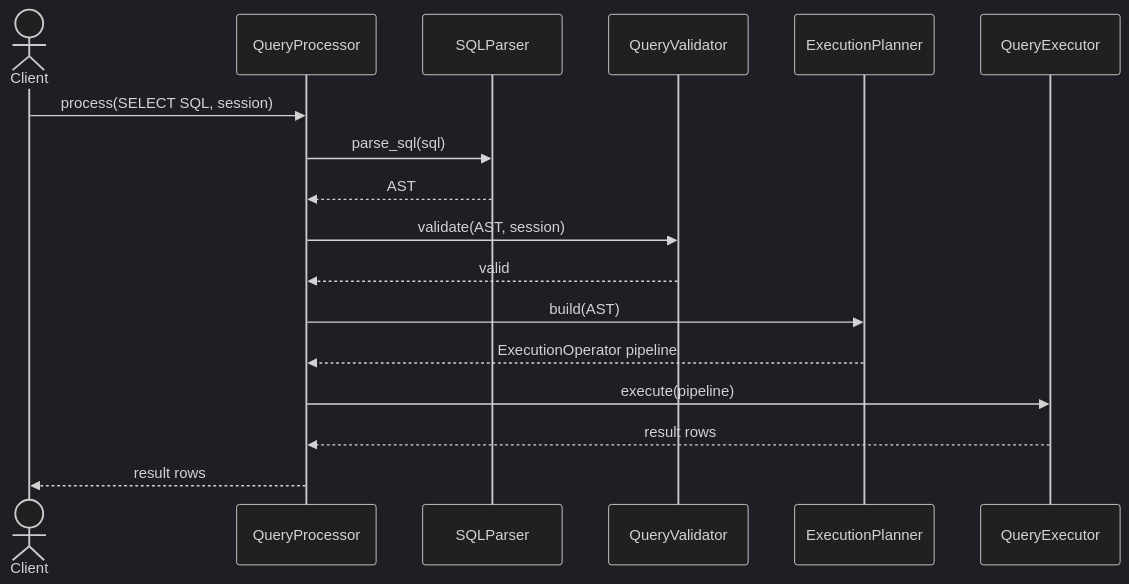
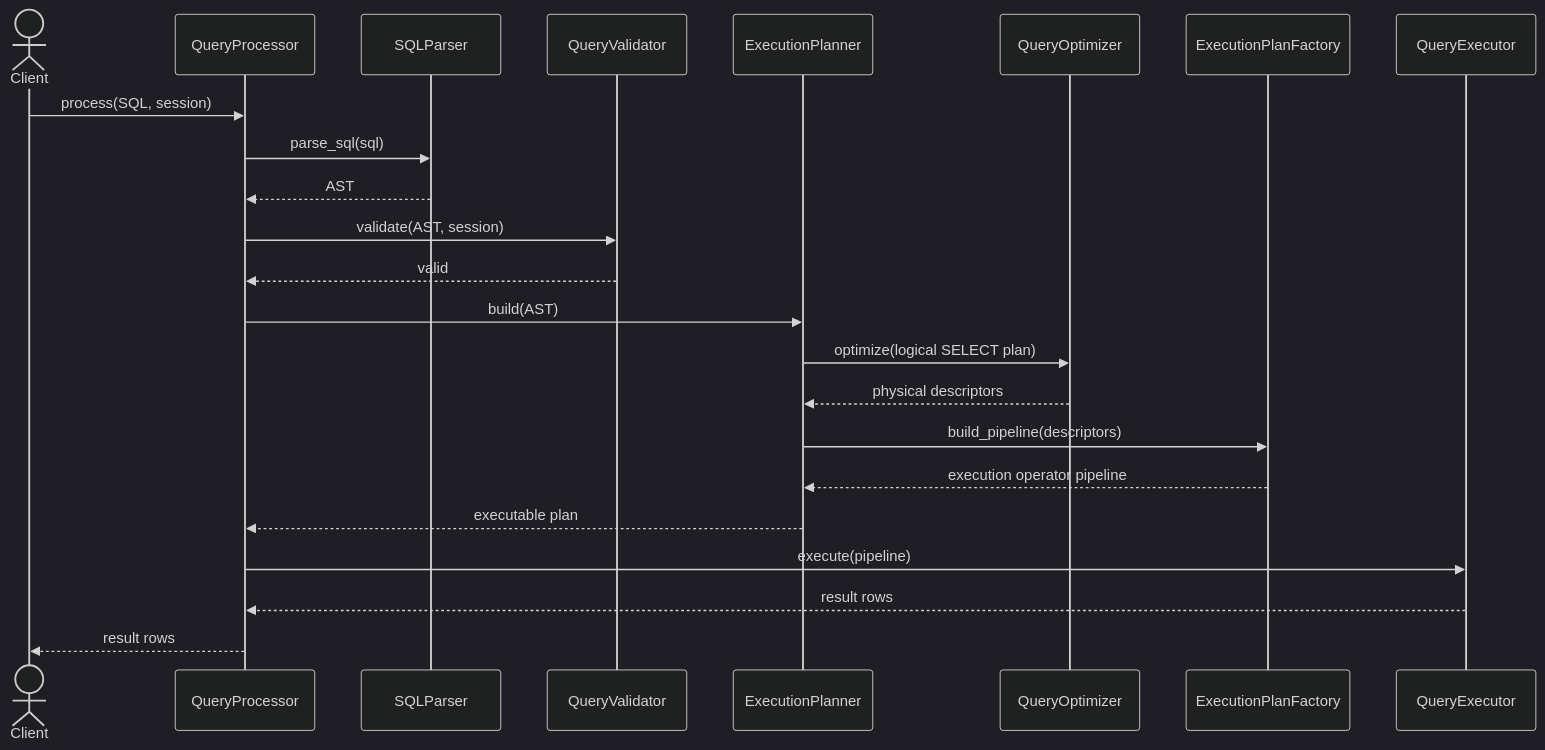
One commit to taitran501/DBMS changed diagram 39 of 39 in README.md. Above: the diagram before and after it, drawn with Mermaid (dark theme). The commit also changed other lines of this file and 11 other files, not shown here.

First line of the commit message:
feat(query-processing): implement Factory Method and Processing Pipeline patterns

````diff
--- a/README.md
+++ b/README.md
@@ -2366,20 +2367,26 @@
 ```mermaid
 sequenceDiagram
     actor Client
     participant Processor as QueryProcessor
     participant Parser as SQLParser
     participant Validator as QueryValidator
     participant Planner as ExecutionPlanner
+    participant Optimizer as QueryOptimizer
+    participant Factory as ExecutionPlanFactory
     participant Executor as QueryExecutor
 
-    Client->>Processor: process(SELECT SQL, session)
+    Client->>Processor: process(SQL, session)
     Processor->>Parser: parse_sql(sql)
     Parser-->>Processor: AST
     Processor->>Validator: validate(AST, session)
     Validator-->>Processor: valid
     Processor->>Planner: build(AST)
-    Planner-->>Processor: ExecutionOperator pipeline
+    Planner->>Optimizer: optimize(logical SELECT plan)
+    Optimizer-->>Planner: physical descriptors
+    Planner->>Factory: build_pipeline(descriptors)
+    Factory-->>Planner: execution operator pipeline
+    Planner-->>Processor: executable plan
     Processor->>Executor: execute(pipeline)
     Executor-->>Processor: result rows
     Processor-->>Client: result rows
 ```
````
